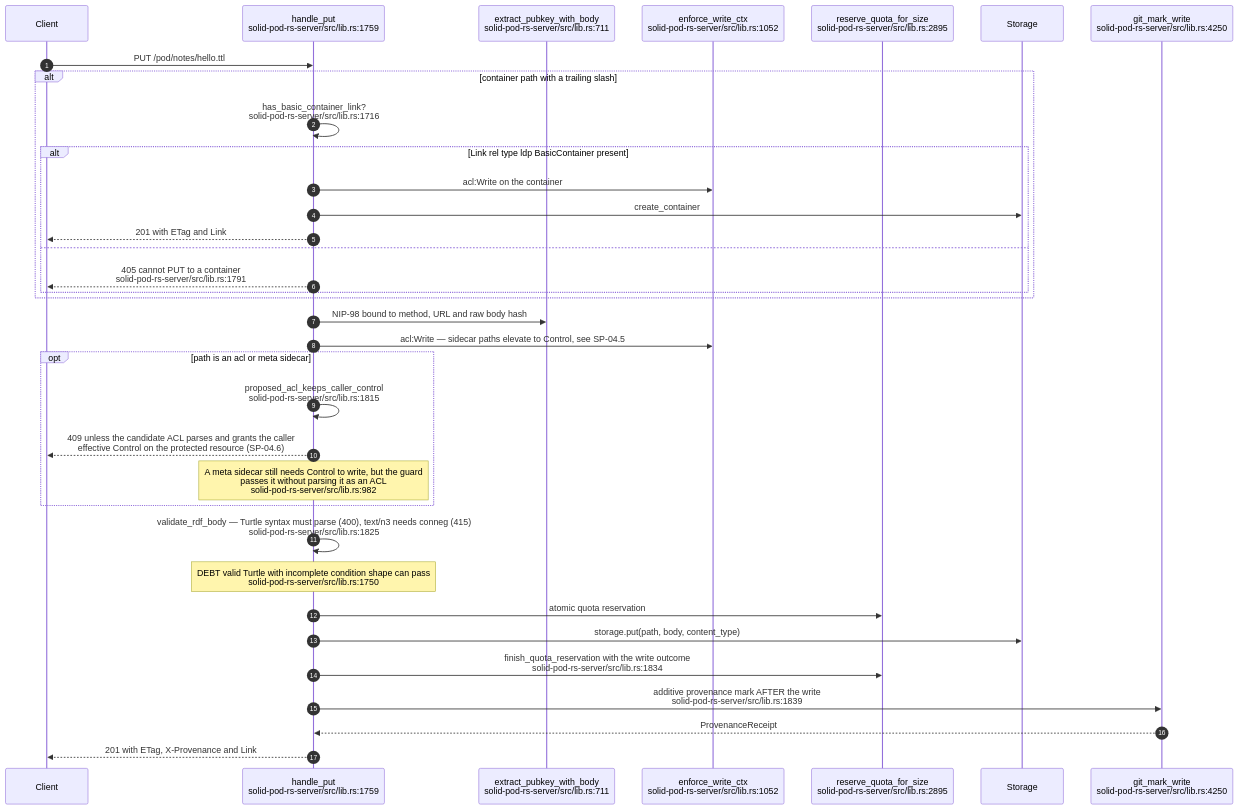
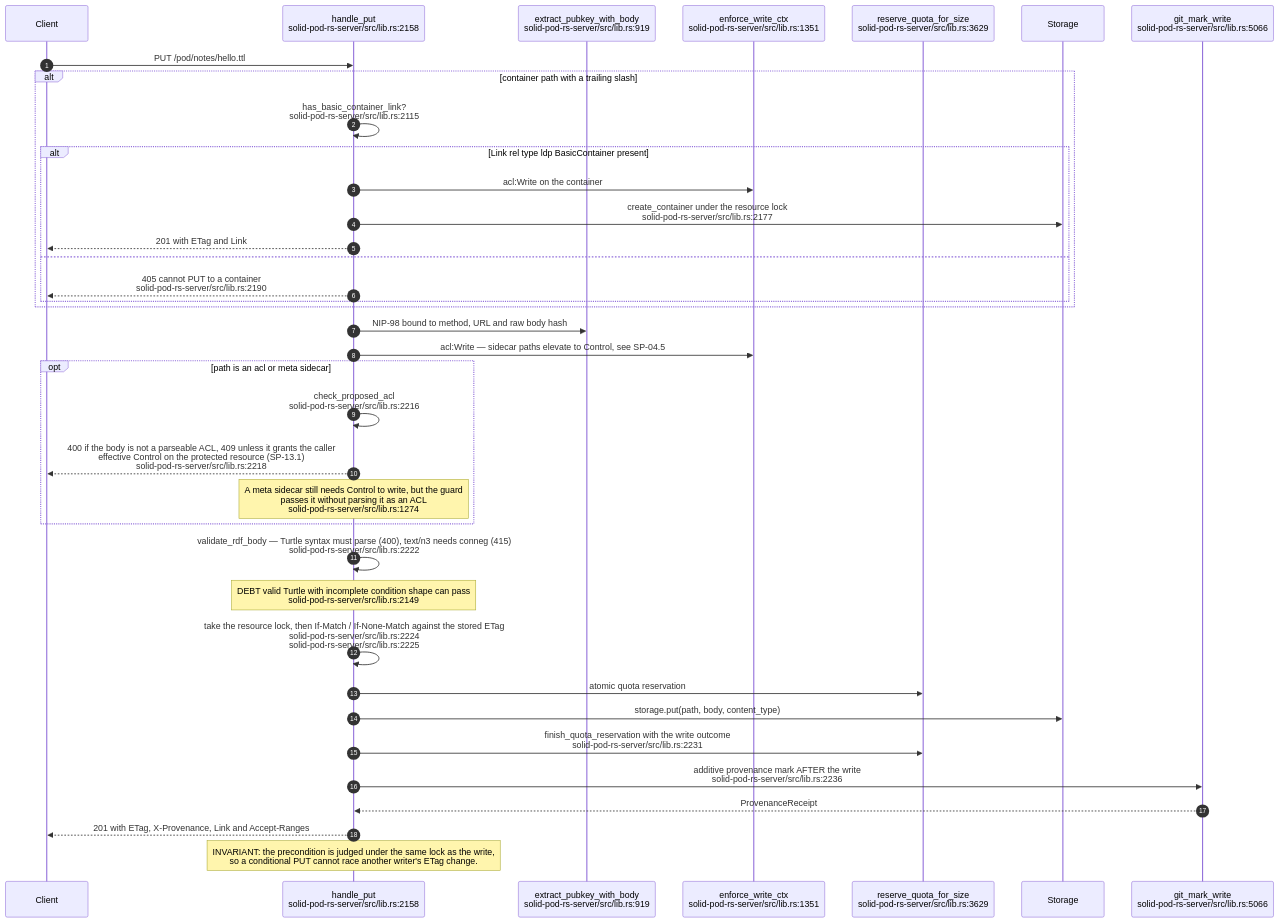
One commit to DreamLab-AI/VisionFlow changed the third of 14 diagrams in docs/diagrams/solid-pod-rs/03-ldp-request-lifecycle.md. Above: the diagram before and after it, drawn with Mermaid. The commit also changed other lines of this file and 1 other file, not shown here.

First line of the commit message:
docs(diagrams): SP-03, SP-13 re-verified at solid-pod-rs a28a748

````diff
--- a/docs/diagrams/solid-pod-rs/03-ldp-request-lifecycle.md
+++ b/docs/diagrams/solid-pod-rs/03-ldp-request-lifecycle.md
@@ -88,38 +94,40 @@
 ```mermaid
 sequenceDiagram
     autonumber
     participant C as Client
-    participant P as handle_put<br/>solid-pod-rs-server/src/lib.rs:1759
-    participant AU as extract_pubkey_with_body<br/>solid-pod-rs-server/src/lib.rs:711
-    participant W as enforce_write_ctx<br/>solid-pod-rs-server/src/lib.rs:1052
-    participant Q as reserve_quota_for_size<br/>solid-pod-rs-server/src/lib.rs:2895
+    participant P as handle_put<br/>solid-pod-rs-server/src/lib.rs:2158
+    participant AU as extract_pubkey_with_body<br/>solid-pod-rs-server/src/lib.rs:919
+    participant W as enforce_write_ctx<br/>solid-pod-rs-server/src/lib.rs:1351
+    participant Q as reserve_quota_for_size<br/>solid-pod-rs-server/src/lib.rs:3629
     participant S as Storage
-    participant GM as git_mark_write<br/>solid-pod-rs-server/src/lib.rs:4250
+    participant GM as git_mark_write<br/>solid-pod-rs-server/src/lib.rs:5066
 
     C->>P: PUT /pod/notes/hello.ttl
     alt container path with a trailing slash
-        P->>P: has_basic_container_link?<br/>solid-pod-rs-server/src/lib.rs:1716
+        P->>P: has_basic_container_link?<br/>solid-pod-rs-server/src/lib.rs:2115
         alt Link rel type ldp BasicContainer present
             P->>W: acl:Write on the container
-            P->>S: create_container
+            P->>S: create_container under the resource lock<br/>solid-pod-rs-server/src/lib.rs:2177
             P-->>C: 201 with ETag and Link
         else
-            P-->>C: 405 cannot PUT to a container<br/>solid-pod-rs-server/src/lib.rs:1791
+            P-->>C: 405 cannot PUT to a container<br/>solid-pod-rs-server/src/lib.rs:2190
         end
     end
     P->>AU: NIP-98 bound to method, URL and raw body hash
     P->>W: acl:Write — sidecar paths elevate to Control, see SP-04.5
     opt path is an acl or meta sidecar
-        P->>P: proposed_acl_keeps_caller_control<br/>solid-pod-rs-server/src/lib.rs:1815
-        P-->>C: 409 unless the candidate ACL parses and grants the caller<br/>effective Control on the protected resource (SP-04.6)
-        Note over P: A meta sidecar still needs Control to write, but the guard<br/>passes it without parsing it as an ACL<br/>solid-pod-rs-server/src/lib.rs:982
+        P->>P: check_proposed_acl<br/>solid-pod-rs-server/src/lib.rs:2216
+        P-->>C: 400 if the body is not a parseable ACL, 409 unless it grants the caller<br/>effective Control on the protected resource (SP-13.1)<br/>solid-pod-rs-server/src/lib.rs:2218
+        Note over P: A meta sidecar still needs Control to write, but the guard<br/>passes it without parsing it as an ACL<br/>solid-pod-rs-server/src/lib.rs:1274
     end
-    P->>P: validate_rdf_body — Turtle syntax must parse (400), text/n3 needs conneg (415)<br/>solid-pod-rs-server/src/lib.rs:1825
-    Note over P: DEBT valid Turtle with incomplete condition shape can pass<br/>solid-pod-rs-server/src/lib.rs:1750
+    P->>P: validate_rdf_body — Turtle syntax must parse (400), text/n3 needs conneg (415)<br/>solid-pod-rs-server/src/lib.rs:2222
+    Note over P: DEBT valid Turtle with incomplete condition shape can pass<br/>solid-pod-rs-server/src/lib.rs:2149
+    P->>P: take the resource lock, then If-Match / If-None-Match against the stored ETag<br/>solid-pod-rs-server/src/lib.rs:2224<br/>solid-pod-rs-server/src/lib.rs:2225
     P->>Q: atomic quota reservation
     P->>S: storage.put(path, body, content_type)
-    P->>Q: finish_quota_reservation with the write outcome<br/>solid-pod-rs-server/src/lib.rs:1834
-    P->>GM: additive provenance mark AFTER the write<br/>solid-pod-rs-server/src/lib.rs:1839
+    P->>Q: finish_quota_reservation with the write outcome<br/>solid-pod-rs-server/src/lib.rs:2231
+    P->>GM: additive provenance mark AFTER the write<br/>solid-pod-rs-server/src/lib.rs:2236
     GM-->>P: ProvenanceReceipt
-    P-->>C: 201 with ETag, X-Provenance and Link
+    P-->>C: 201 with ETag, X-Provenance, Link and Accept-Ranges
+    Note over P: INVARIANT: the precondition is judged under the same lock as the write,<br/>so a conditional PUT cannot race another writer's ETag change.
 ```
````
